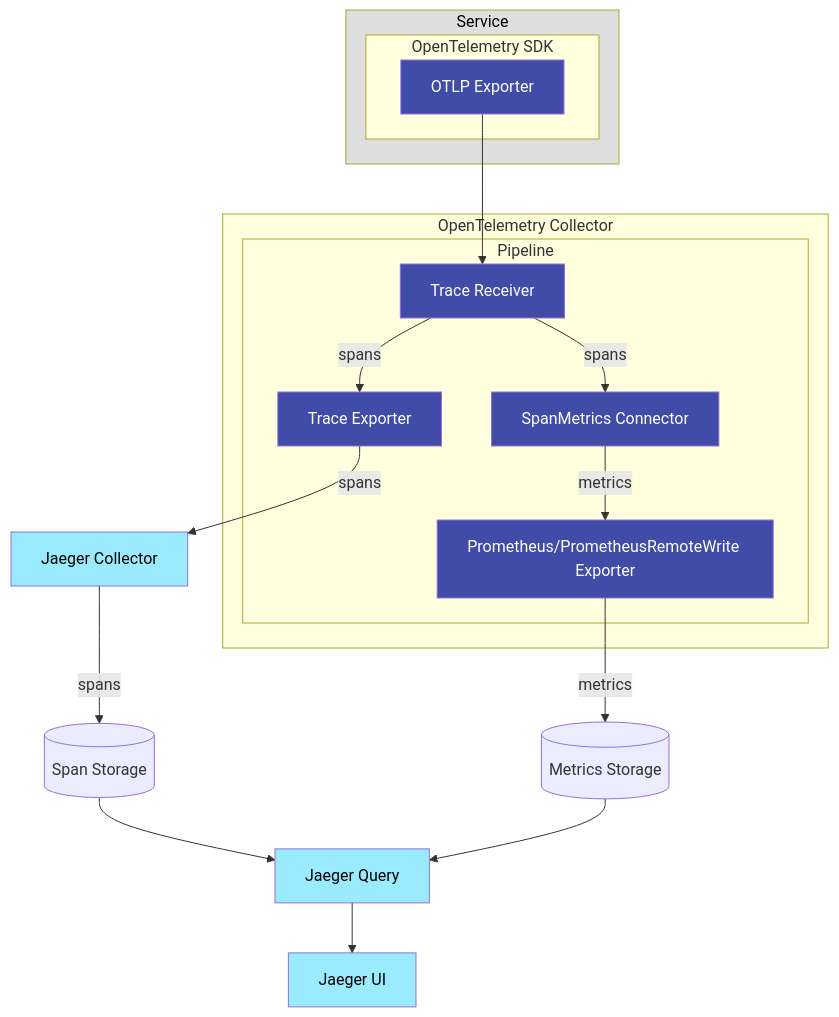
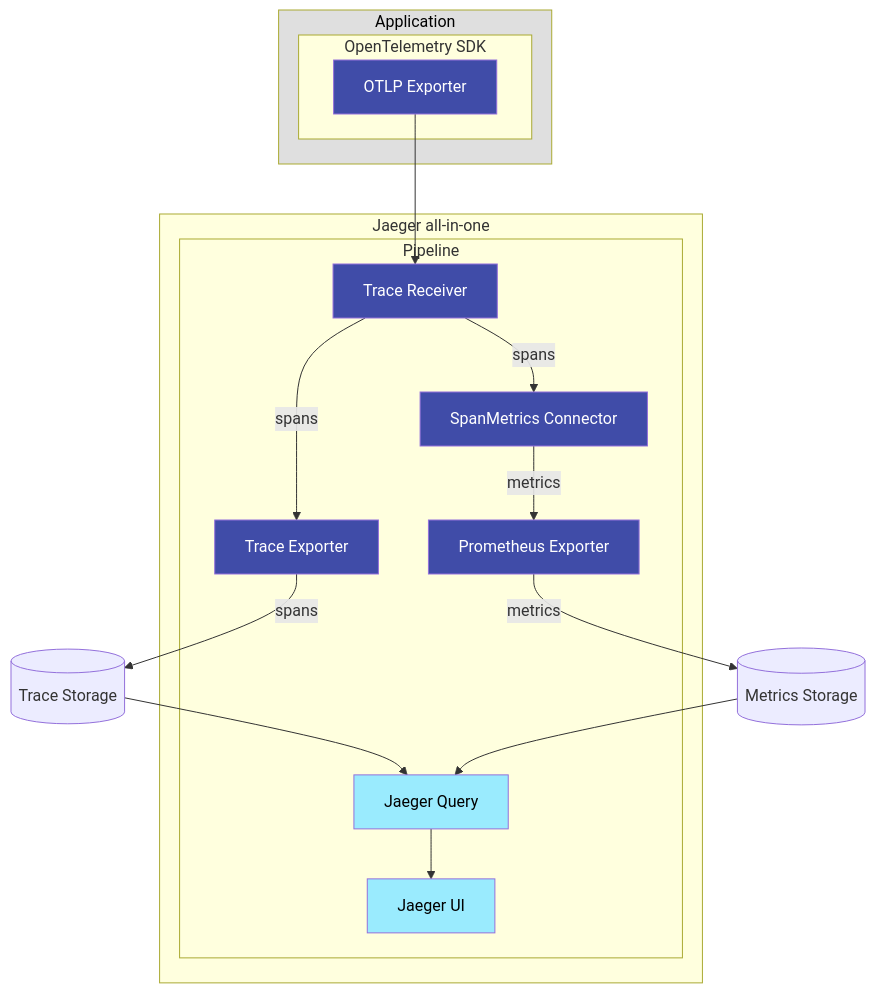
One commit to jaegertracing/documentation changed the diagram in content/docs/next-release-v2/spm.md. Above: the diagram before and after it, drawn with Mermaid. The commit also changed other lines of this file, not shown here.

```diff
--- a/content/docs/next-release-v2/spm.md
+++ b/content/docs/next-release-v2/spm.md
@@ -65,42 +118,42 @@
 {{<mermaid align="center">}}
 graph
     OTLP_EXPORTER[OTLP Exporter] --> TRACE_RECEIVER
 
-    subgraph Service
+    subgraph Application
         subgraph OpenTelemetry SDK
             OTLP_EXPORTER
         end
     end
 
     TRACE_RECEIVER[Trace Receiver] --> |spans| SPANMETRICS_CONN[SpanMetrics Connector]
     TRACE_RECEIVER --> |spans| TRACE_EXPORTER[Trace Exporter]
-    TRACE_EXPORTER --> |spans| COLLECTOR[Jaeger Collector]
-    SPANMETRICS_CONN --> |metrics| PROMETHEUS_EXPORTER[Prometheus/PrometheusRemoteWrite Exporter]
+    TRACE_EXPORTER --> |spans| SPAN_STORE[(Trace Storage)]
+    SPANMETRICS_CONN --> |metrics| PROMETHEUS_EXPORTER[Prometheus Exporter]
     PROMETHEUS_EXPORTER --> |metrics| METRICS_STORE[(Metrics Storage)]
 
-    COLLECTOR --> |spans| SPAN_STORE[(Span Storage)]
     SPAN_STORE --> QUERY[Jaeger Query]
     METRICS_STORE --> QUERY
     QUERY --> UI[Jaeger UI]
 
-    subgraph OpenTelemetry Collector
+    subgraph Jaeger all-in-one
         subgraph Pipeline
             TRACE_RECEIVER
             SPANMETRICS_CONN
             TRACE_EXPORTER
             PROMETHEUS_EXPORTER
+            QUERY
+            UI
         end
     end
 
-    style Service fill:#DFDFDF,color:black
+    style Application fill:#DFDFDF,color:black
 
     style OTLP_EXPORTER fill:#404CA8,color:white
     style TRACE_RECEIVER fill:#404CA8,color:white
     style TRACE_EXPORTER fill:#404CA8,color:white
     style SPANMETRICS_CONN fill:#404CA8,color:white
     style PROMETHEUS_EXPORTER fill:#404CA8,color:white
 
     style UI fill:#9AEBFE,color:black
     style QUERY fill:#9AEBFE,color:black
-    style COLLECTOR fill:#9AEBFE,color:black
 {{< /mermaid >}}
```
